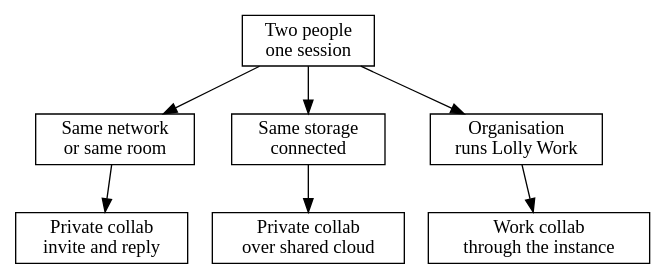
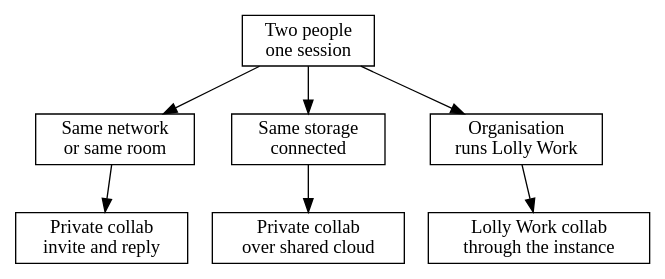
Before and after one commit to lolly-tools/lolly: the diagram in docs/diagram-sources/concepts/collab-ways.dot, drawn with Graphviz. The commit also changed 826 other files, not shown here.

```diff
--- a/docs/diagram-sources/concepts/collab-ways.dot
+++ b/docs/diagram-sources/concepts/collab-ways.dot
@@ -1,17 +1,17 @@
 digraph collab_ways {
   rankdir=TB
   node [shape=box]
   pair [label="Two people\none session"]
   network [label="Same network\nor same room"]
   cloud [label="Same storage\nconnected"]
   org [label="Organisation\nruns Lolly Work"]
   private [label="Private collab\ninvite and reply"]
   shared [label="Private collab\nover shared cloud"]
-  work [label="Work collab\nthrough the instance"]
+  work [label="Lolly Work collab\nthrough the instance"]
   pair -> network
   pair -> cloud
   pair -> org
   network -> private
   cloud -> shared
   org -> work
 }
```
